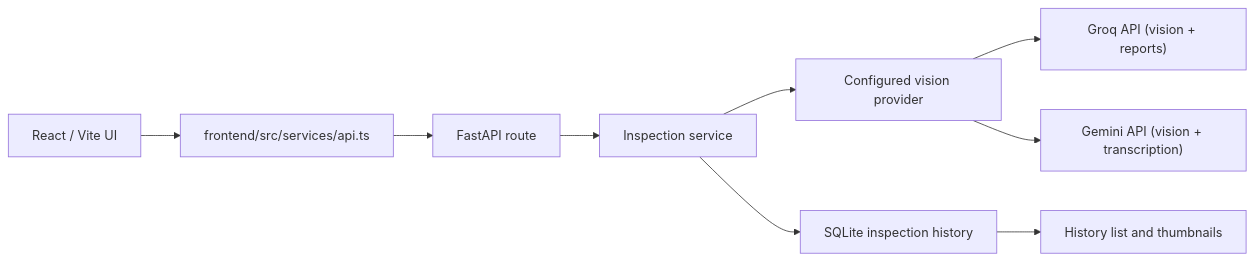
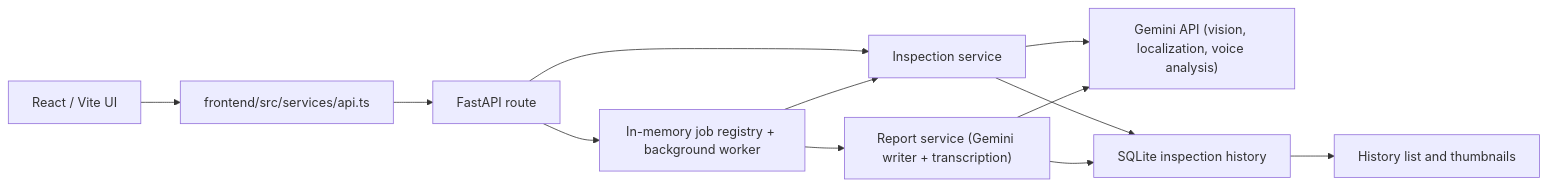
One commit to HamzaShafiq44/FieldMark changed the diagram in README.md. Above: the diagram before and after it, drawn with Mermaid. The commit also changed other lines of this file and 6 other files, not shown here.

Commit message:
Updated README and ARCHITECTURE

````diff
--- a/README.md
+++ b/README.md
@@ -126,11 +137,14 @@
 ```mermaid
 flowchart LR
     Browser["React / Vite UI"] --> ApiClient["frontend/src/services/api.ts"]
     ApiClient --> Route["FastAPI route"]
+    Route --> Jobs["In-memory job registry + background worker"]
     Route --> Service["Inspection service"]
-    Service --> Factory["Configured vision provider"]
-    Factory --> Groq["Groq API (vision + reports)"]
-    Factory --> Gemini["Gemini API (vision + transcription)"]
+    Jobs --> Service
+    Service --> Gemini["Gemini API (vision, localization, voice analysis)"]
+    Jobs --> Report["Report service (Gemini writer + transcription)"]
+    Report --> Gemini
     Service --> SQLite["SQLite inspection history"]
+    Report --> SQLite
     SQLite --> History["History list and thumbnails"]
 ```
````
